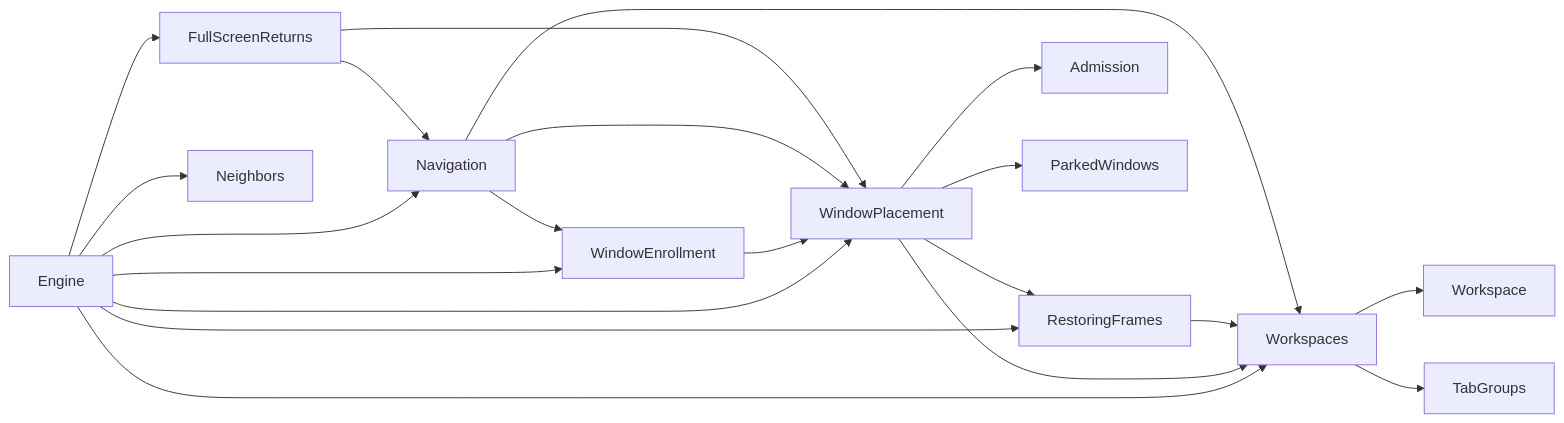
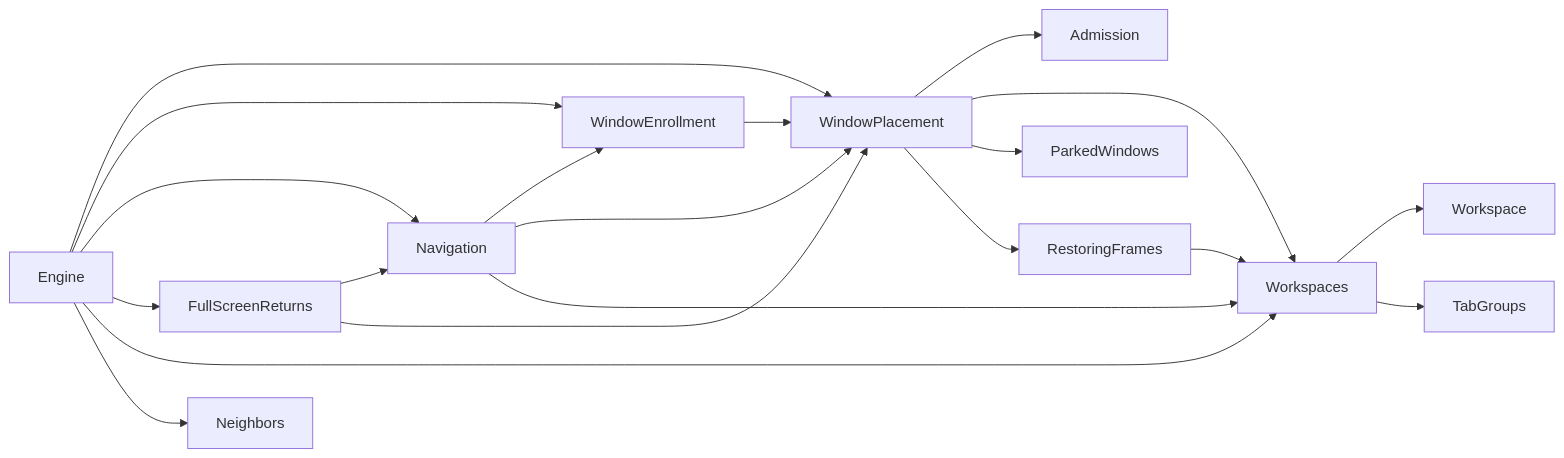
One commit to brennovich/ottowm changed the fourth of 19 diagrams in ARCHITECTURE.md. Above: the diagram before and after it, drawn with Mermaid. The commit also changed other lines of this file and 6 other files, not shown here.

````diff
--- a/ARCHITECTURE.md
+++ b/ARCHITECTURE.md
@@ -129,23 +129,22 @@
 ```mermaid
 flowchart LR
     Engine --> WindowPlacement
     Engine --> WindowEnrollment
     Engine --> Navigation
     Engine --> FullScreenReturns
     Engine --> Workspaces
     Engine --> Neighbors
-    Engine --> RestoringFrames
     WindowEnrollment --> WindowPlacement
     WindowPlacement --> Admission
     Navigation --> WindowEnrollment
     Navigation --> WindowPlacement
     FullScreenReturns --> Navigation
     FullScreenReturns --> WindowPlacement
     WindowPlacement --> Workspaces
     WindowPlacement --> ParkedWindows
     WindowPlacement --> RestoringFrames
     RestoringFrames --> Workspaces
     Navigation --> Workspaces
     Workspaces --> Workspace
     Workspaces --> TabGroups
 ```
````
